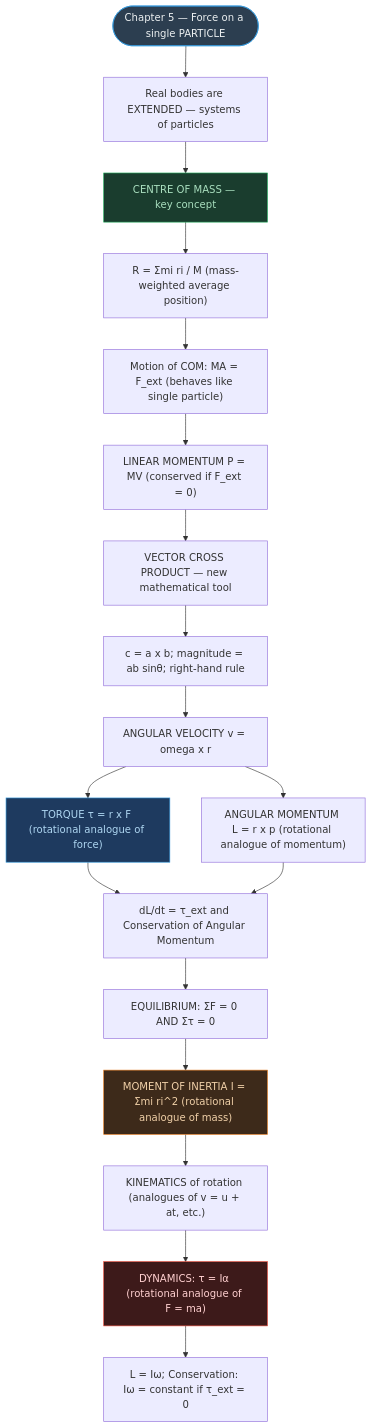
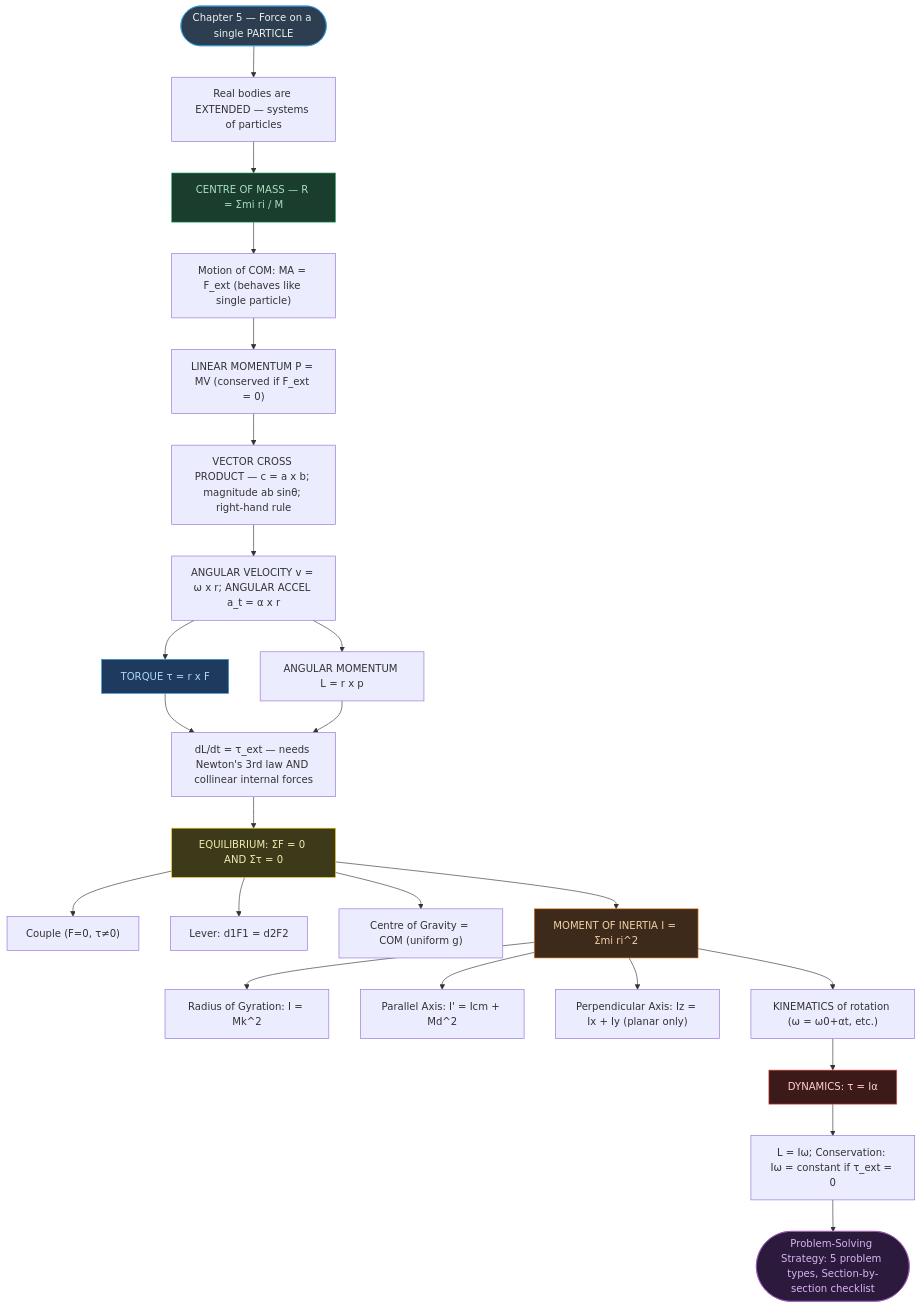
Before and after one commit to fsr-science/NCERT-Science: the diagram in AI-NOTES/PHYSICS/PHYSICS06-SYSTEM_OF_PARTICLES_AND_ROTATIONAL_MOTION/PHYSICS06-SYSTEM_OF_PARTICLES_AND_ROTATIONAL_MOTION-NOTES.md, drawn with Mermaid. The commit also changed other lines of this file, not shown here.

````diff
--- a/AI-NOTES/PHYSICS/PHYSICS06-SYSTEM_OF_PARTICLES_AND_ROTATIONAL_MOTION/PHYSICS06-SYSTEM_OF_PARTICLES_AND_ROTATIONAL_MOTION-NOTES.md
+++ b/AI-NOTES/PHYSICS/PHYSICS06-SYSTEM_OF_PARTICLES_AND_ROTATIONAL_MOTION/PHYSICS06-SYSTEM_OF_PARTICLES_AND_ROTATIONAL_MOTION-NOTES.md
@@ -9,27 +9,34 @@
 ```mermaid
 flowchart TD
     A(["Chapter 5 — Force on a single PARTICLE"])
     A --> B["Real bodies are EXTENDED — systems of particles"]
-    B --> C["CENTRE OF MASS — key concept"]
-    C --> C1["R = Σmi ri / M (mass-weighted average position)"]
-    C1 --> D["Motion of COM: MA = F_ext (behaves like single particle)"]
+    B --> C["CENTRE OF MASS — R = Σmi ri / M"]
+    C --> D["Motion of COM: MA = F_ext (behaves like single particle)"]
     D --> E["LINEAR MOMENTUM P = MV (conserved if F_ext = 0)"]
-    E --> F["VECTOR CROSS PRODUCT — new mathematical tool"]
-    F --> F1["c = a x b; magnitude = ab sinθ; right-hand rule"]
-    F1 --> G["ANGULAR VELOCITY v = omega x r"]
-    G --> H["TORQUE τ = r x F (rotational analogue of force)"]
-    G --> I["ANGULAR MOMENTUM L = r x p (rotational analogue of momentum)"]
-    H --> J["dL/dt = τ_ext and Conservation of Angular Momentum"]
+    E --> F["VECTOR CROSS PRODUCT — c = a x b; magnitude ab sinθ; right-hand rule"]
+    F --> G["ANGULAR VELOCITY v = ω x r; ANGULAR ACCEL a_t = α x r"]
+    G --> H["TORQUE τ = r x F"]
+    G --> I["ANGULAR MOMENTUM L = r x p"]
+    H --> J["dL/dt = τ_ext — needs Newton's 3rd law AND collinear internal forces"]
     I --> J
     J --> K["EQUILIBRIUM: ΣF = 0 AND Στ = 0"]
-    K --> L["MOMENT OF INERTIA I = Σmi ri^2 (rotational analogue of mass)"]
-    L --> M["KINEMATICS of rotation (analogues of v = u + at, etc.)"]
-    M --> N["DYNAMICS: τ = Iα (rotational analogue of F = ma)"]
+    K --> K1["Couple (F=0, τ≠0)"]
+    K --> K2["Lever: d1F1 = d2F2"]
+    K --> K3["Centre of Gravity = COM (uniform g)"]
+    K --> L["MOMENT OF INERTIA I = Σmi ri^2"]
+    L --> L1["Radius of Gyration: I = Mk^2"]
+    L --> L2["Parallel Axis: I' = Icm + Md^2"]
+    L --> L3["Perpendicular Axis: Iz = Ix + Iy (planar only)"]
+    L --> M["KINEMATICS of rotation (ω = ω0+αt, etc.)"]
+    M --> N["DYNAMICS: τ = Iα"]
     N --> O["L = Iω; Conservation: Iω = constant if τ_ext = 0"]
+    O --> P(["Problem-Solving Strategy: 5 problem types, Section-by-section checklist"])
 
     style A fill:#2c3e50,color:#ecf0f1,stroke:#3498db
     style C fill:#1a3d2e,color:#a9dfbf,stroke:#27ae60
     style H fill:#1e3a5f,color:#aed6f1,stroke:#3498db
+    style K fill:#3d3a1a,color:#f0eab0,stroke:#f1c40f
     style L fill:#3d2a1a,color:#f0d0a8,stroke:#e67e22
     style N fill:#3d1a1a,color:#ffd0d0,stroke:#e74c3c
+    style P fill:#2c1a3d,color:#d8b4f0,stroke:#9b59b6
 ```
````
